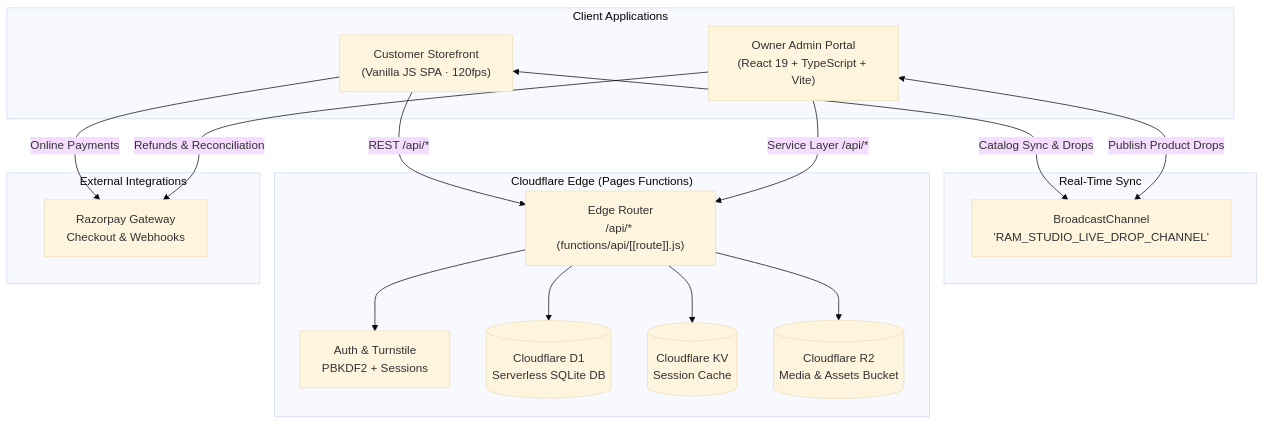
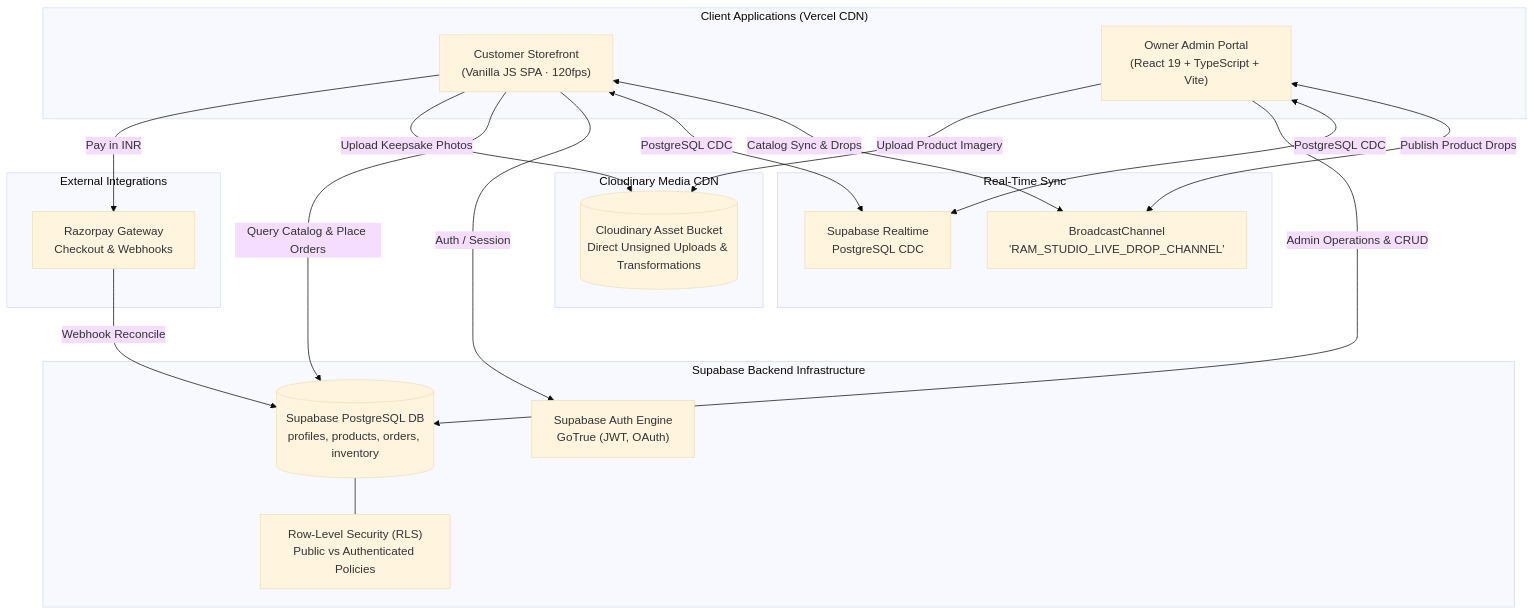
Before and after one commit to abhieee-java/vistara-krafts-admin: the first of 2 diagrams in AGENTS.md, drawn with Mermaid (base theme). The commit also changed other lines of this file and 17 other files, not shown here.

Commit message:
feat: complete migration to Supabase (DB + Auth) and Cloudinary (Storage), update 8 master docs

````diff
--- a/AGENTS.md
+++ b/AGENTS.md
@@ -75,34 +76,42 @@
 ```mermaid
 flowchart TD
-    subgraph ClientLayer ["Client Applications"]
+    subgraph ClientLayer ["Client Applications (Vercel CDN)"]
         SF["Customer Storefront<br/>(Vanilla JS SPA · 120fps)"]
         AP["Owner Admin Portal<br/>(React 19 + TypeScript + Vite)"]
     end
 
     subgraph SyncLayer ["Real-Time Sync"]
         BC["BroadcastChannel<br/>'RAM_STUDIO_LIVE_DROP_CHANNEL'"]
+        SB_RT["Supabase Realtime<br/>PostgreSQL CDC"]
     end
 
-    subgraph EdgeLayer ["Cloudflare Edge (Pages Functions)"]
-        API["Edge Router<br/>/api/* (functions/api/[[route]].js)"]
-        AUTH["Auth & Turnstile<br/>PBKDF2 + Sessions"]
-        D1[("Cloudflare D1<br/>Serverless SQLite DB")]
-        KV[("Cloudflare KV<br/>Session Cache")]
-        R2[("Cloudflare R2<br/>Media & Assets Bucket")]
+    subgraph BackendLayer ["Supabase Backend Infrastructure"]
+        SB_AUTH["Supabase Auth Engine<br/>GoTrue (JWT, OAuth)"]
+        PG[("Supabase PostgreSQL DB<br/>profiles, products, orders, inventory")]
+        RLS["Row-Level Security (RLS)<br/>Public vs Authenticated Policies"]
+    end
+
+    subgraph MediaLayer ["Cloudinary Media CDN"]
+        CLD[("Cloudinary Asset Bucket<br/>Direct Unsigned Uploads & Transformations")]
     end
 
     subgraph ThirdParty ["External Integrations"]
         RZP["Razorpay Gateway<br/>Checkout & Webhooks"]
     end
 
     SF <-->|Catalog Sync & Drops| BC
     AP <-->|Publish Product Drops| BC
-    SF -->|REST /api/*| API
-    AP -->|Service Layer /api/*| API
-    API --> AUTH
-    API --> D1
-    API --> KV
-    API --> R2
-    SF -->|Online Payments| RZP
-    AP -->|Refunds & Reconciliation| RZP
+    SF <-->|PostgreSQL CDC| SB_RT
+    AP <-->|PostgreSQL CDC| SB_RT
+
+    SF -->|Auth / Session| SB_AUTH
+    SF -->|Query Catalog & Place Orders| PG
+    AP -->|Admin Operations & CRUD| PG
+    PG --- RLS
+
+    SF -->|Upload Keepsake Photos| CLD
+    AP -->|Upload Product Imagery| CLD
+
+    SF -->|Pay in INR| RZP
+    RZP -->|Webhook Reconcile| PG
 ```
````
